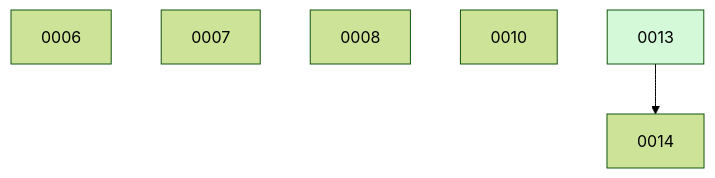
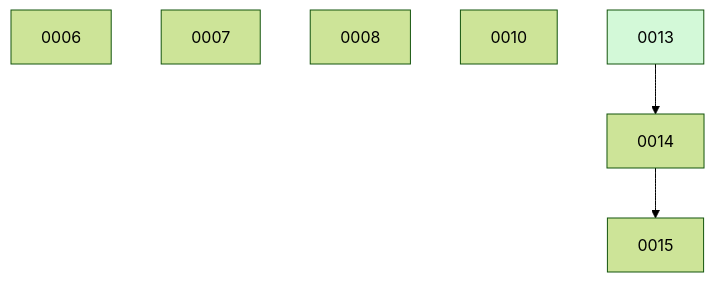
The diagram in docs/changes/BOARD.md (ethanhinson/codeindex), drawn with Mermaid (forest theme) before and after one commit. The commit also changed other lines of this file, not shown here.

````diff
--- a/docs/changes/BOARD.md
+++ b/docs/changes/BOARD.md
@@ -20,10 +21,11 @@
 ```mermaid
 graph TD
   0006
   0007
   0008
   0010
   0013 --> 0014
+  0014 --> 0015
   0013:::done
   classDef done fill:#d3f9d8;
 ```
````
